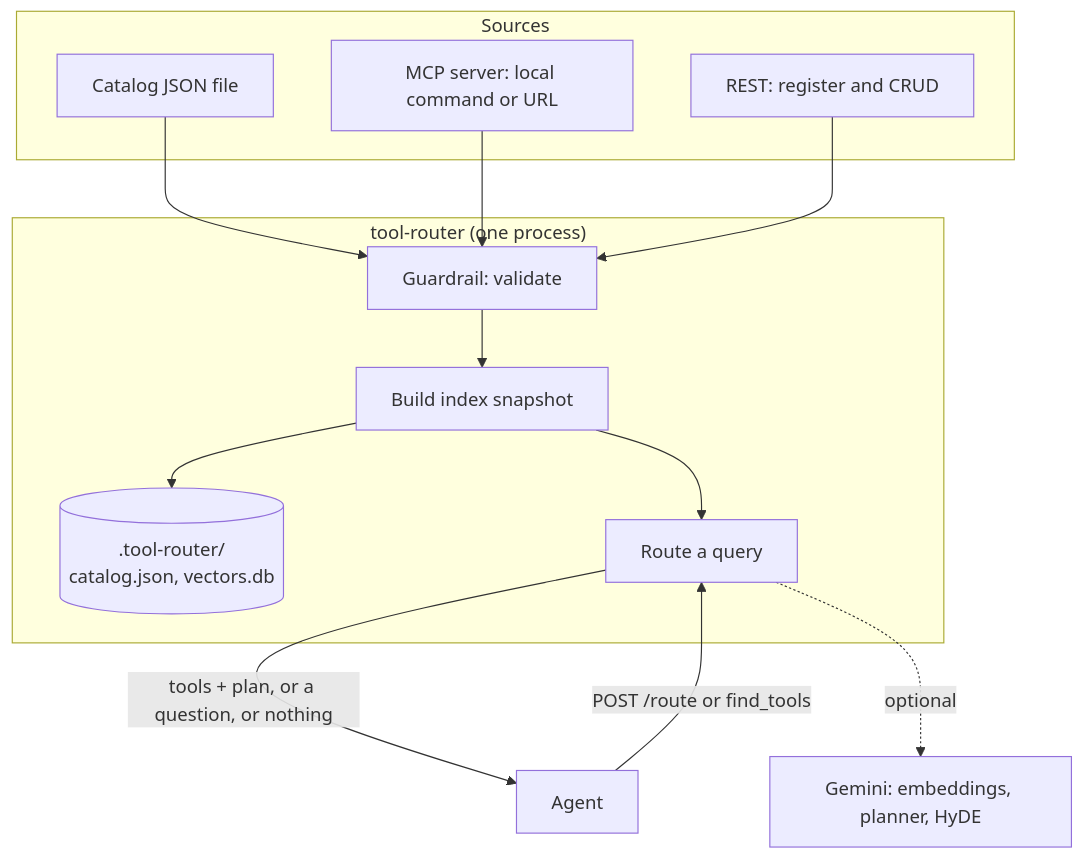
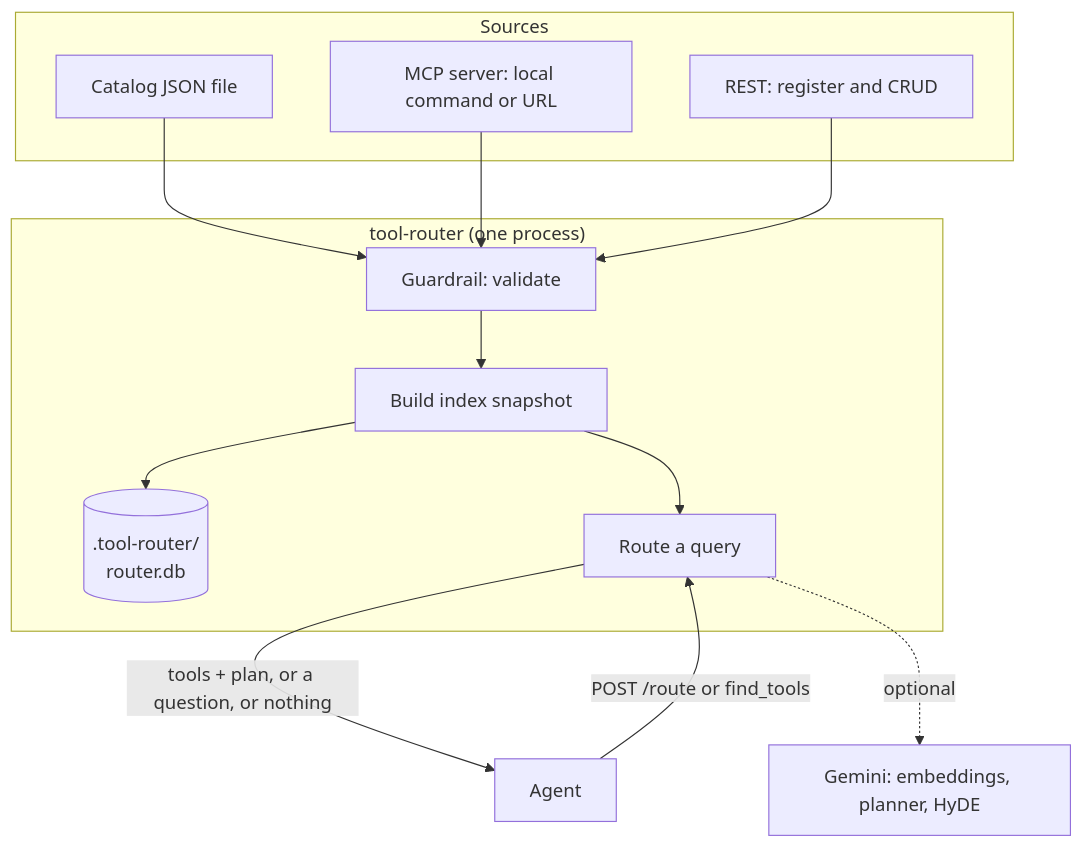
Before and after one commit to akshraj-05/tool-router: the diagram in docs/design/architecture.md, drawn with Mermaid. The commit also changed other lines of this file and 14 other files, not shown here.

````diff
--- a/docs/design/architecture.md
+++ b/docs/design/architecture.md
@@ -13,19 +13,19 @@
 ```mermaid
 flowchart TB
   subgraph Sources
     F[Catalog JSON file]
     M[MCP server: local command or URL]
     R[REST: register and CRUD]
   end
   subgraph Process["tool-router (one process)"]
     G[Guardrail: validate] --> I[Build index snapshot]
-    I --> S[(.tool-router/<br/>catalog.json, vectors.db)]
+    I --> S[(.tool-router/<br/>router.db)]
     I --> Q[Route a query]
   end
   F --> G
   M --> G
   R --> G
   A[Agent] -->|"POST /route or find_tools"| Q
   Q -->|"tools + plan, or a question, or nothing"| A
   Q -.->|optional| L[Gemini: embeddings, planner, HyDE]
 ```
````
